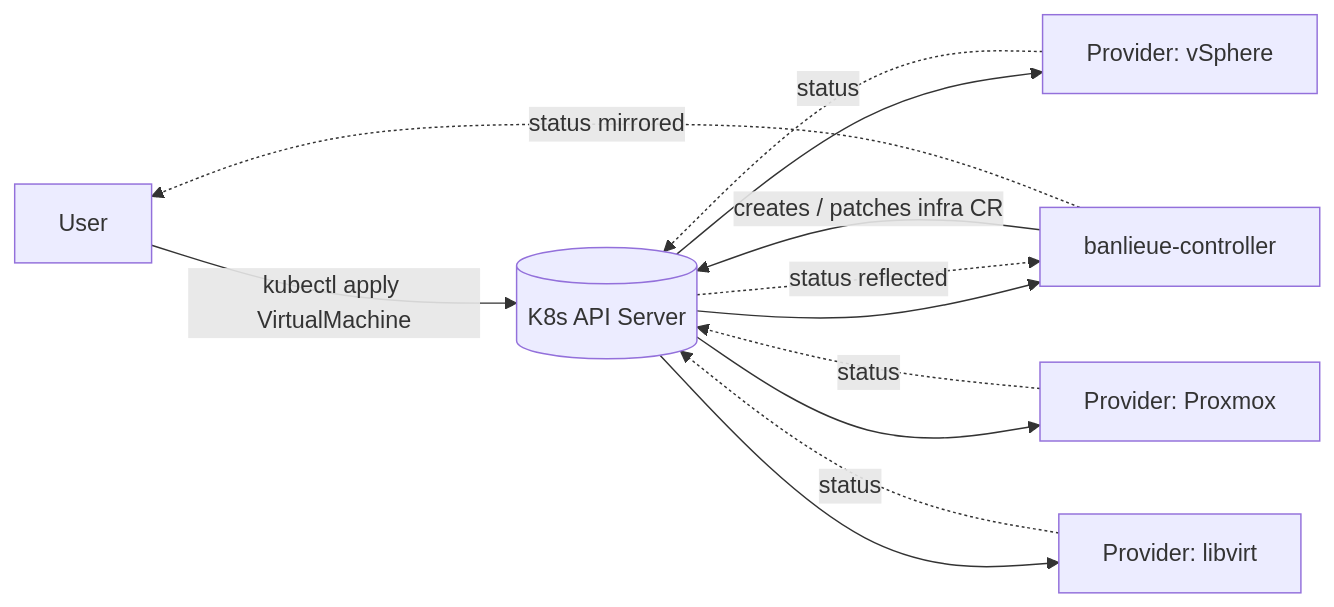
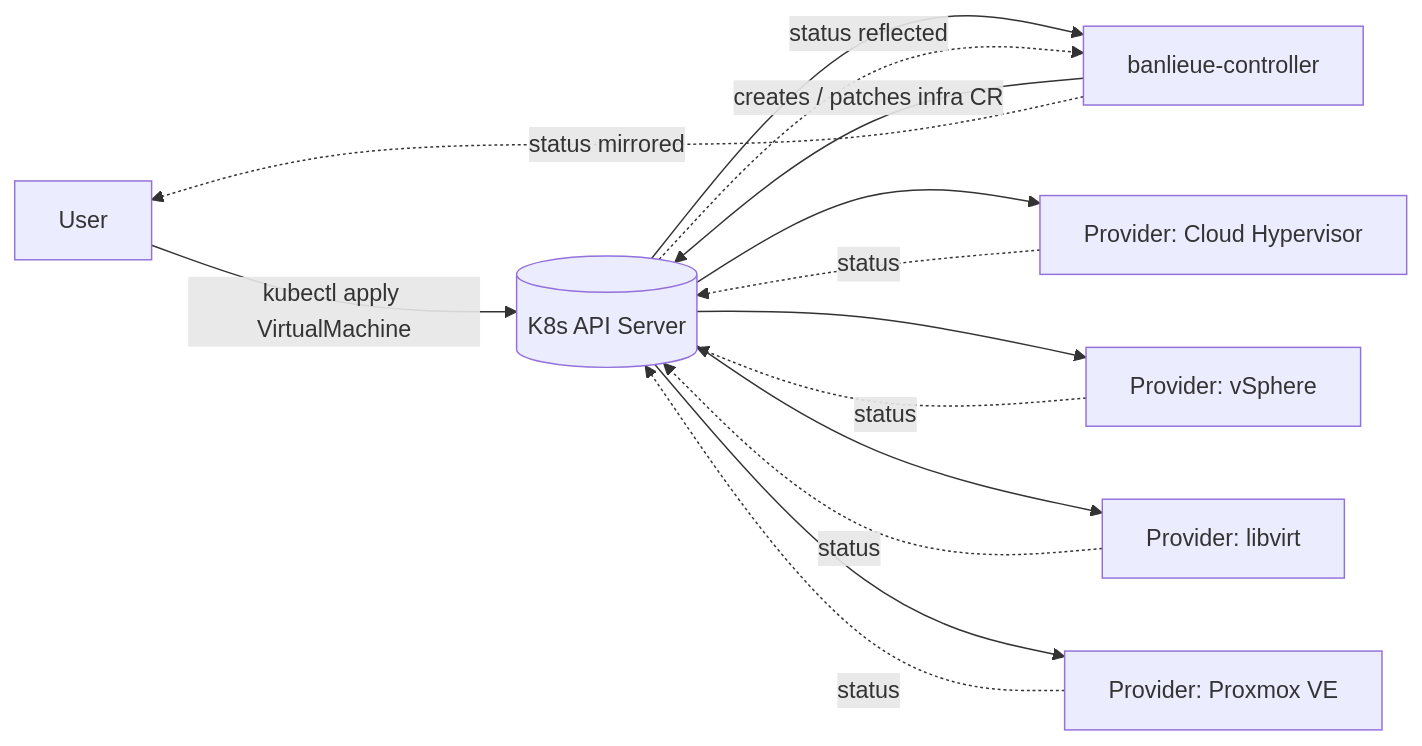
The diagram in docs/src/index.md (firestoned/banlieue), drawn with Mermaid before and after one commit. The commit also changed other lines of this file and 92 other files, not shown here.

````diff
--- a/docs/src/index.md
+++ b/docs/src/index.md
@@ -70,14 +70,16 @@
 ```mermaid
 flowchart LR
     user[User] -->|kubectl apply VirtualMachine| api[(K8s API Server)]
     api --> ctrl[banlieue-controller]
     ctrl -->|creates / patches infra CR| api
+    api --> p0[Provider: Cloud Hypervisor]
     api --> p1[Provider: vSphere]
-    api --> p2[Provider: Proxmox]
-    api --> p3[Provider: libvirt]
+    api --> p2[Provider: libvirt]
+    api --> p3[Provider: Proxmox VE]
+    p0 -.->|status| api
     p1 -.->|status| api
     p2 -.->|status| api
     p3 -.->|status| api
     api -.->|status reflected| ctrl
     ctrl -.->|status mirrored| user
 ```
````
